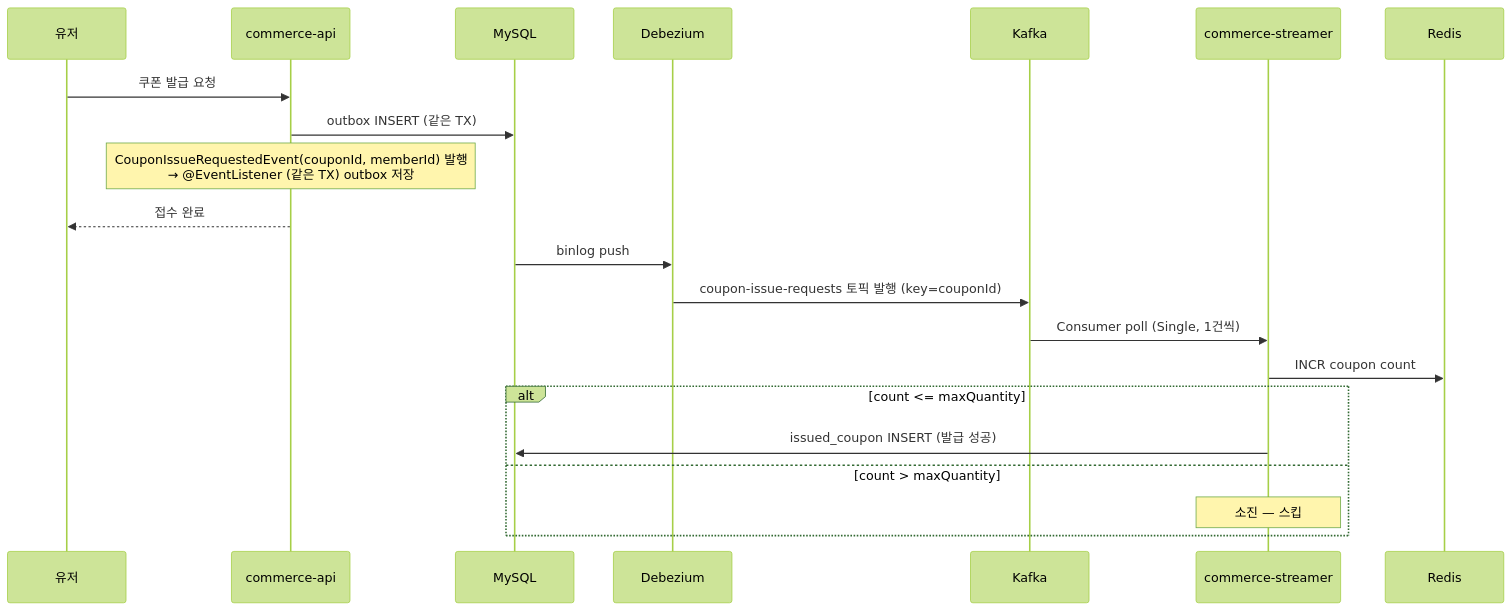
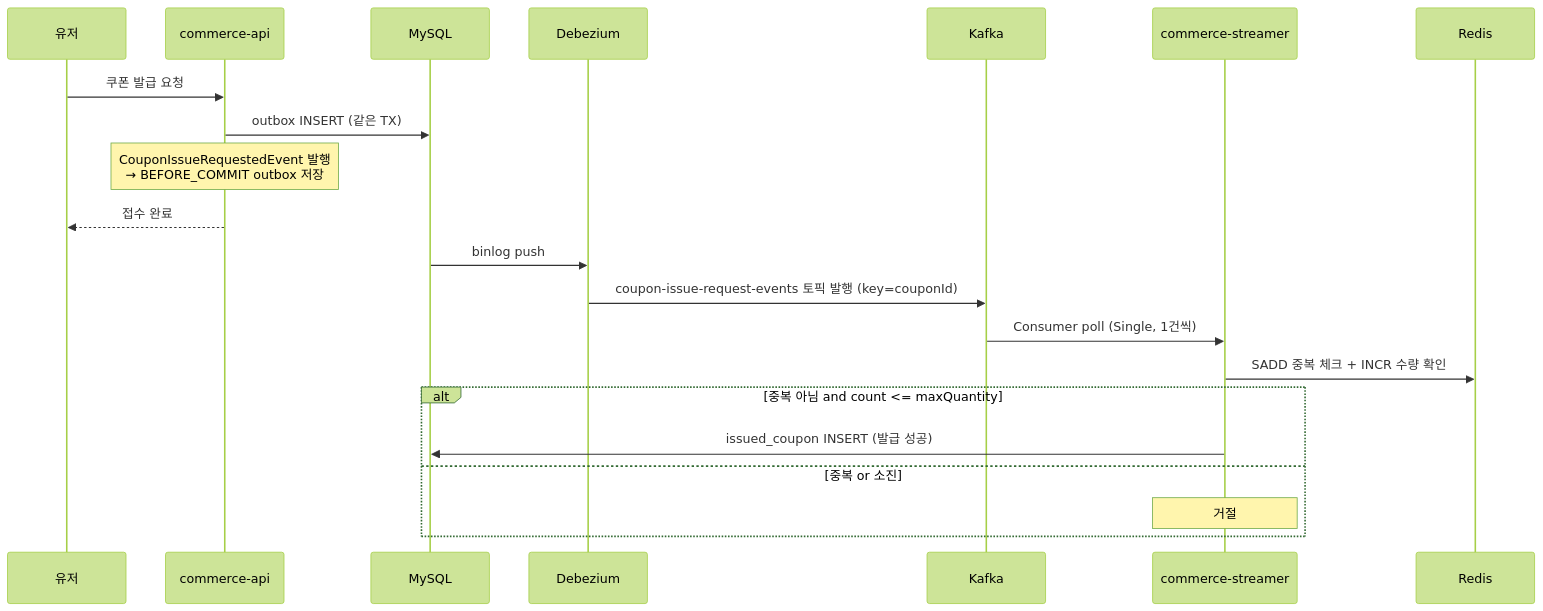
One commit to APapeIsName/loop-pack-be-l2-vol3-java changed the eighth of 10 diagrams in docs/quests/round-07/flow-diagram.md. Above: the diagram before and after it, drawn with Mermaid (forest theme). The commit also changed other lines of this file and 3 other files, not shown here.

````diff
--- a/docs/quests/round-07/flow-diagram.md
+++ b/docs/quests/round-07/flow-diagram.md
@@ -144,26 +143,26 @@
 ```mermaid
 sequenceDiagram
     participant 유저
     participant API as commerce-api
     participant DB as MySQL
     participant DEB as Debezium
     participant KF as Kafka
     participant STR as commerce-streamer
     participant RD as Redis
 
     유저->>API: 쿠폰 발급 요청
     API->>DB: outbox INSERT (같은 TX)
-    Note over API: CouponIssueRequestedEvent(couponId, memberId) 발행<br/>→ @EventListener (같은 TX) outbox 저장
+    Note over API: CouponIssueRequestedEvent 발행<br/>→ BEFORE_COMMIT outbox 저장
     API-->>유저: 접수 완료
 
     DB->>DEB: binlog push
-    DEB->>KF: coupon-issue-requests 토픽 발행 (key=couponId)
+    DEB->>KF: coupon-issue-request-events 토픽 발행 (key=couponId)
 
     KF->>STR: Consumer poll (Single, 1건씩)
-    STR->>RD: INCR coupon count
-    alt count <= maxQuantity
+    STR->>RD: SADD 중복 체크 + INCR 수량 확인
+    alt 중복 아님 and count <= maxQuantity
         STR->>DB: issued_coupon INSERT (발급 성공)
-    else count > maxQuantity
-        Note over STR: 소진 — 스킵
+    else 중복 or 소진
+        Note over STR: 거절
     end
 ```
````
